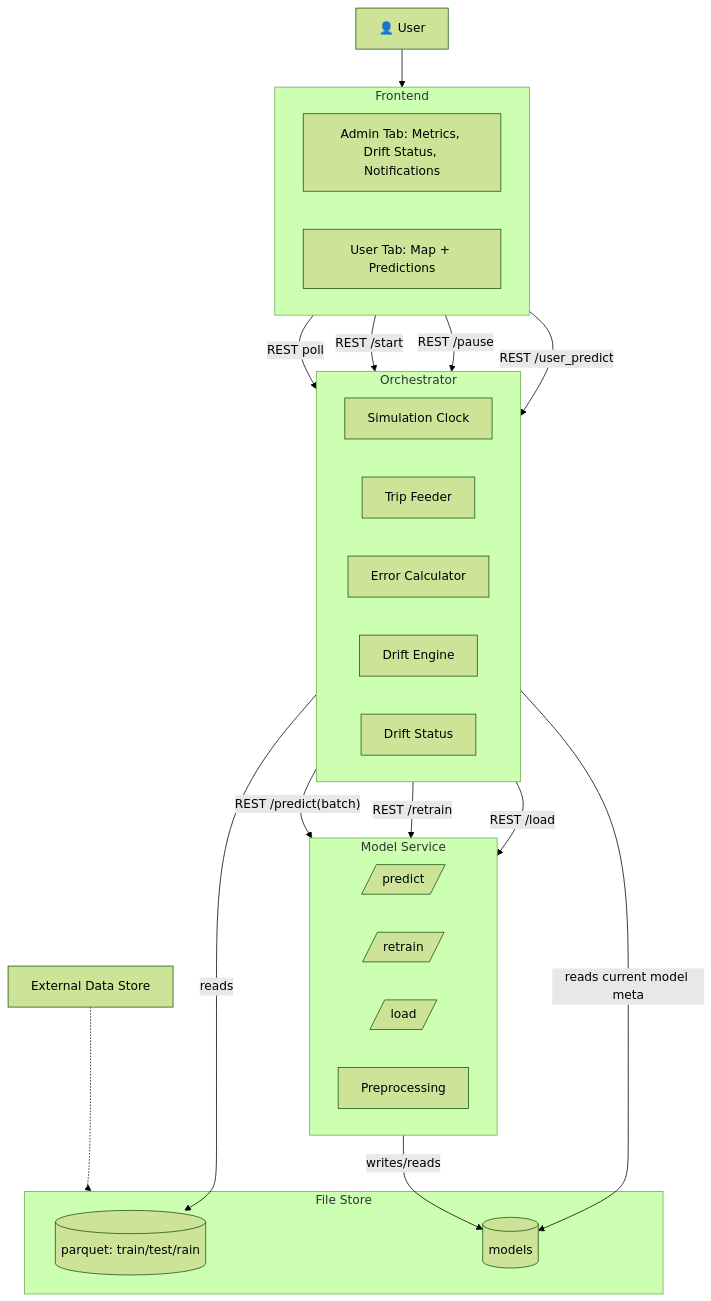
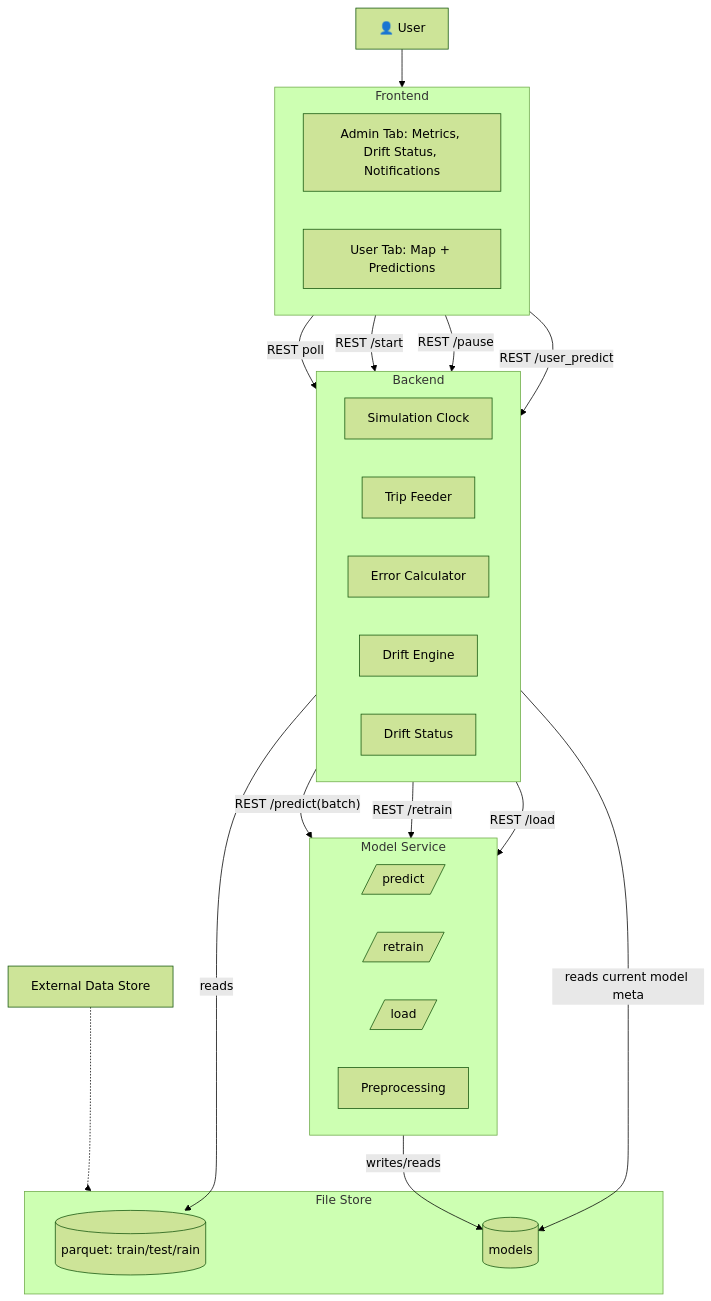
One commit to geokyr/diploma-thesis changed the first of 4 diagrams in platform.md. Above: the diagram before and after it, drawn with Mermaid (forest theme). The commit also changed other lines of this file, not shown here.

Commit message:
updated orchestrator to backend

````diff
--- a/platform.md
+++ b/platform.md
@@ -63,40 +63,40 @@
 ```mermaid
 flowchart TD
   subgraph UI[Frontend]
     A1[Admin Tab: Metrics, Drift Status, Notifications]
     A2[User Tab: Map + Predictions]
   end
 
-  subgraph ORCH[Orchestrator]
+  subgraph BE[Backend]
     O1[Simulation Clock]
     O2[Trip Feeder]
     O3[Error Calculator]
     O4[Drift Engine]
     O5[Drift Status]
   end
 
   subgraph MS[Model Service]
     M1[/predict/]
     M2[/retrain/]
     M3[/load/]
     M4[Preprocessing]
   end
 
   subgraph FS[File Store]
     D1[(parquet: train/test/rain)]
     D2[(models)]
   end
 
   User["👤 User"] --> UI
   ExternalDataStore["External Data Store"] -.-> FS
-  UI -- REST poll --> ORCH
-  UI -- REST /start --> ORCH
-  UI -- REST /pause --> ORCH
-  ORCH -- REST /predict(batch) --> MS
-  ORCH -- REST /retrain --> MS
-  ORCH -- REST /load --> MS
+  UI -- REST poll --> BE
+  UI -- REST /start --> BE
+  UI -- REST /pause --> BE
+  BE -- REST /predict(batch) --> MS
+  BE -- REST /retrain --> MS
+  BE -- REST /load --> MS
   MS -- writes/reads --> D2
-  ORCH -- reads --> D1
-  ORCH -- reads current model meta --> D2
-  UI -- REST /user_predict --> ORCH
+  BE -- reads --> D1
+  BE -- reads current model meta --> D2
+  UI -- REST /user_predict --> BE
 ```
````
